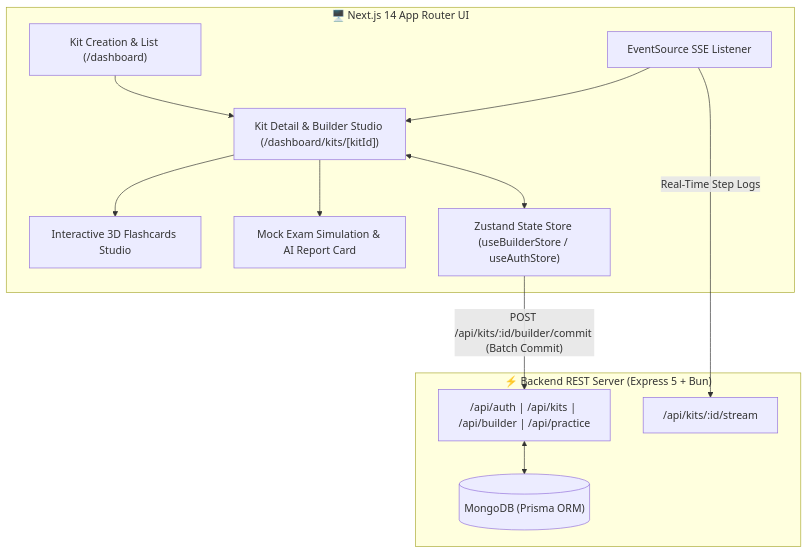
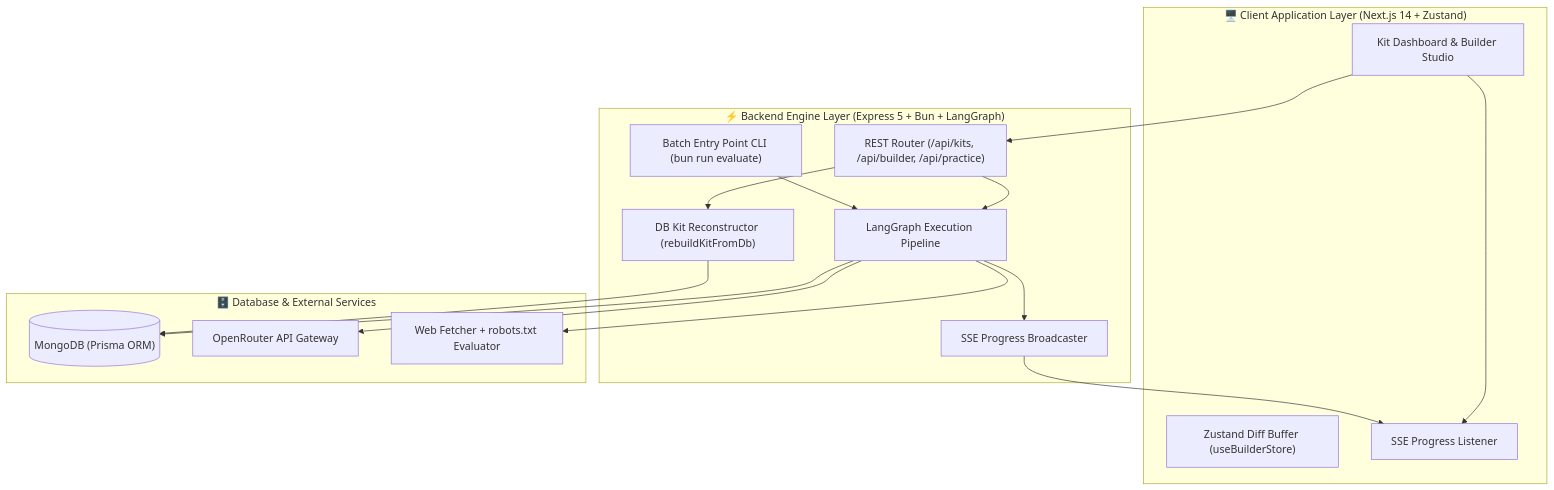
One commit to jamesnagar11/interview-prep changed the diagram in README.md. Above: the diagram before and after it, drawn with Mermaid.

Commit message:
docs: sync architecture diagram with root README

````diff
--- a/README.md
+++ b/README.md
@@ -150,28 +150,34 @@
 ```mermaid
 flowchart TB
-    subgraph ClientApp["🖥️ Next.js 14 App Router UI"]
-        Dashboard["Kit Creation & List (/dashboard)"]
-        BuilderUI["Kit Detail & Builder Studio (/dashboard/kits/[kitId])"]
-        PracticeUI["Interactive 3D Flashcards Studio"]
-        MockUI["Mock Exam Simulation & AI Report Card"]
-        
-        ZustandStore["Zustand State Store (useBuilderStore / useAuthStore)"]
-        SSEListener["EventSource SSE Listener"]
-
-        Dashboard --> BuilderUI
-        BuilderUI <--> ZustandStore
-        BuilderUI --> PracticeUI
-        BuilderUI --> MockUI
-        SSEListener --> BuilderUI
+    subgraph Frontend["🖥️ Client Application Layer (Next.js 14 + Zustand)"]
+        UI["Kit Dashboard & Builder Studio"]
+        Store["Zustand Diff Buffer (useBuilderStore)"]
+        SSE_Client["SSE Progress Listener"]
     end
 
-    subgraph BackendAPI["⚡ Backend REST Server (Express 5 + Bun)"]
-        APIRoutes["/api/auth | /api/kits | /api/builder | /api/practice"]
-        SSEStream["/api/kits/:id/stream"]
-        Database[("MongoDB (Prisma ORM)")]
+    subgraph Backend["⚡ Backend Engine Layer (Express 5 + Bun + LangGraph)"]
+        API["REST Router (/api/kits, /api/builder, /api/practice)"]
+        Streamer["SSE Progress Broadcaster"]
+        Pipeline["LangGraph Execution Pipeline"]
+        Rebuilder["DB Kit Reconstructor (rebuildKitFromDb)"]
+        EvalCLI["Batch Entry Point CLI (bun run evaluate)"]
     end
 
-    ZustandStore -- "POST /api/kits/:id/builder/commit (Batch Commit)" --> APIRoutes
-    SSEListener -- "Real-Time Step Logs" --> SSEStream
-    APIRoutes <--> Database
+    subgraph Services["🗄️ Database & External Services"]
+        MongoDB[("MongoDB (Prisma ORM)")]
+        LLM["OpenRouter API Gateway"]
+        WebCrawler["Web Fetcher + robots.txt Evaluator"]
+    end
+
+    UI --> API
+    UI --> SSE_Client
+    API --> Pipeline
+    Pipeline --> WebCrawler
+    Pipeline --> LLM
+    Pipeline --> MongoDB
+    Pipeline --> Streamer
+    Streamer --> SSE_Client
+    API --> Rebuilder
+    Rebuilder --> MongoDB
+    EvalCLI --> Pipeline
 ```
````
